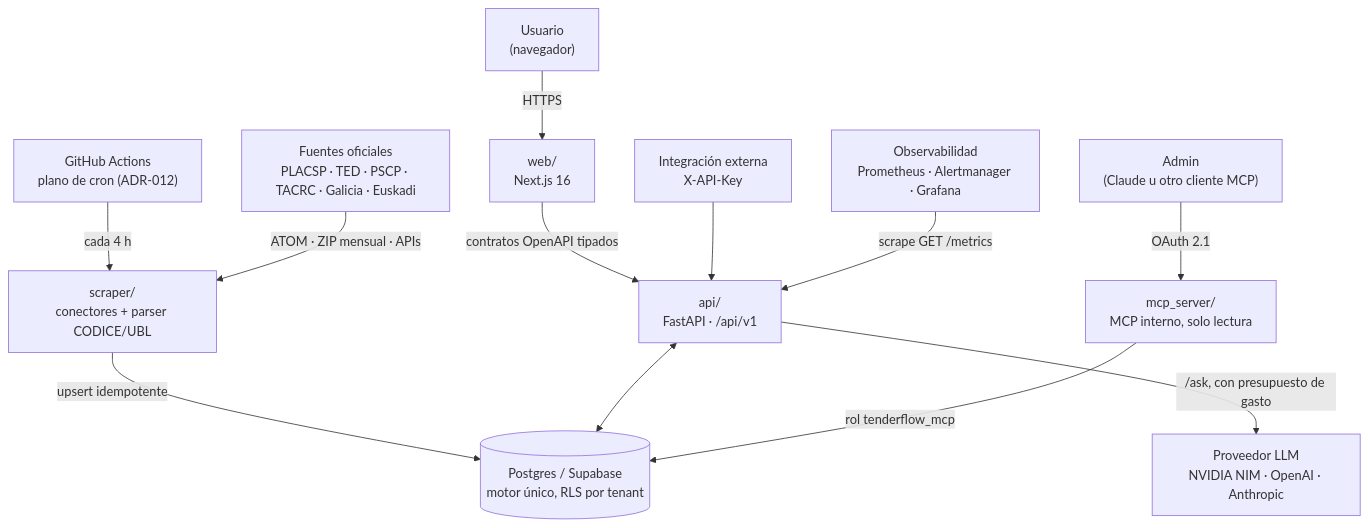
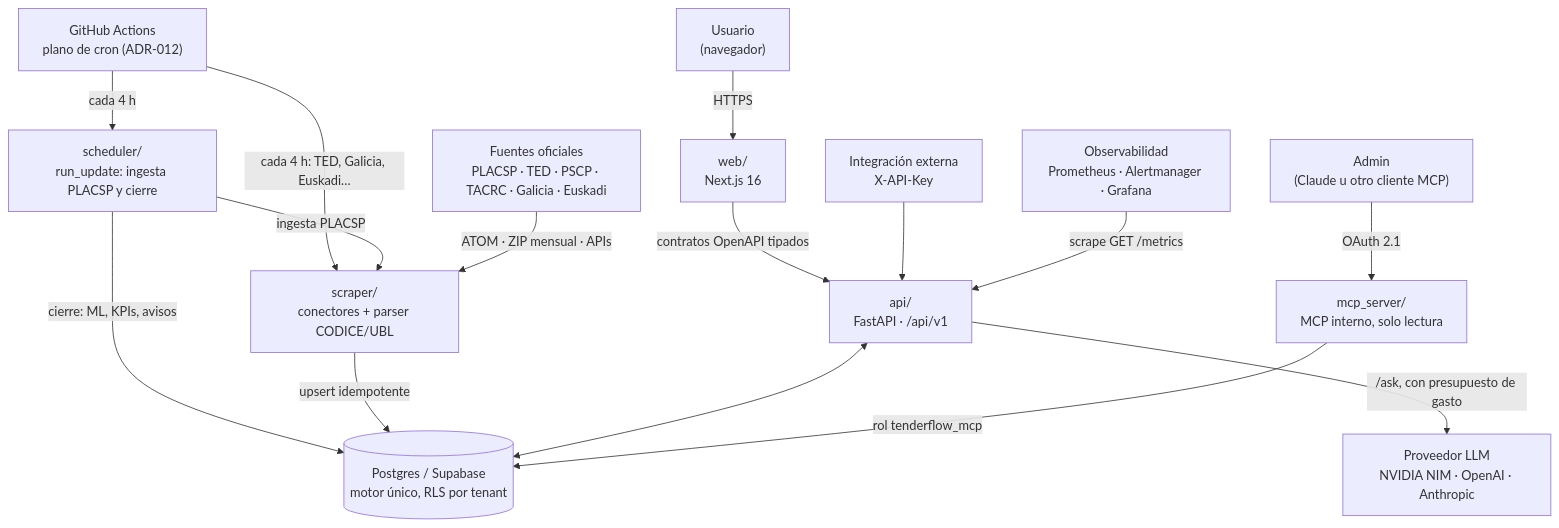
Before and after one commit to Dkalds/TenderFlow: the first of 3 diagrams in README.md, drawn with Mermaid. The commit also changed other lines of this file, not shown here.

````diff
--- a/README.md
+++ b/README.md
@@ -41,27 +158,31 @@
 ```mermaid
 graph TD
     Fuentes["Fuentes oficiales<br/>PLACSP · TED · PSCP · TACRC · Galicia · Euskadi"]
     Actions["GitHub Actions<br/>plano de cron (ADR-012)"]
+    Scheduler["scheduler/<br/>run_update: ingesta PLACSP y cierre"]
     Scraper["scraper/<br/>conectores + parser CODICE/UBL"]
     DB[("Postgres / Supabase<br/>motor único, RLS por tenant")]
     API["api/<br/>FastAPI · /api/v1"]
     Web["web/<br/>Next.js 16"]
     MCP["mcp_server/<br/>MCP interno, solo lectura"]
     LLM["Proveedor LLM<br/>NVIDIA NIM · OpenAI · Anthropic"]
     Obs["Observabilidad<br/>Prometheus · Alertmanager · Grafana"]
     Usuario["Usuario<br/>(navegador)"]
     Integracion["Integración externa<br/>X-API-Key"]
     Admin["Admin<br/>(Claude u otro cliente MCP)"]
 
-    Actions -->|"cada 4 h"| Scraper
+    Actions -->|"cada 4 h"| Scheduler
+    Actions -->|"cada 4 h: TED, Galicia, Euskadi…"| Scraper
+    Scheduler -->|"ingesta PLACSP"| Scraper
+    Scheduler -->|"cierre: ML, KPIs, avisos"| DB
     Fuentes -->|"ATOM · ZIP mensual · APIs"| Scraper
     Scraper -->|"upsert idempotente"| DB
     Usuario -->|"HTTPS"| Web
     Web -->|"contratos OpenAPI tipados"| API
     Integracion --> API
     API <--> DB
     API -->|"/ask, con presupuesto de gasto"| LLM
     Admin -->|"OAuth 2.1"| MCP
     MCP -->|"rol tenderflow_mcp"| DB
     Obs -->|"scrape GET /metrics"| API
 ```
````
